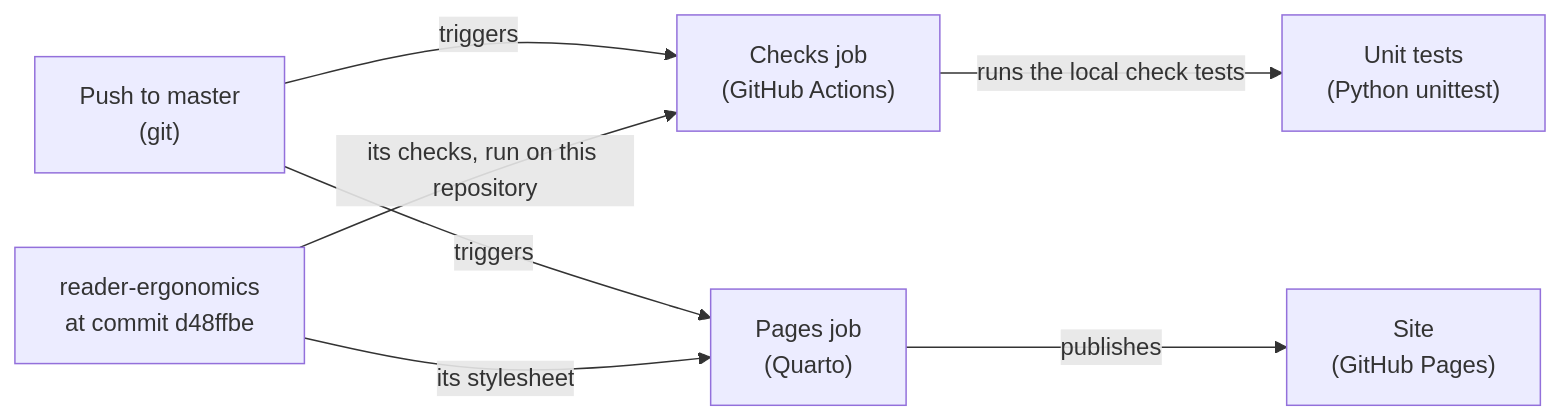
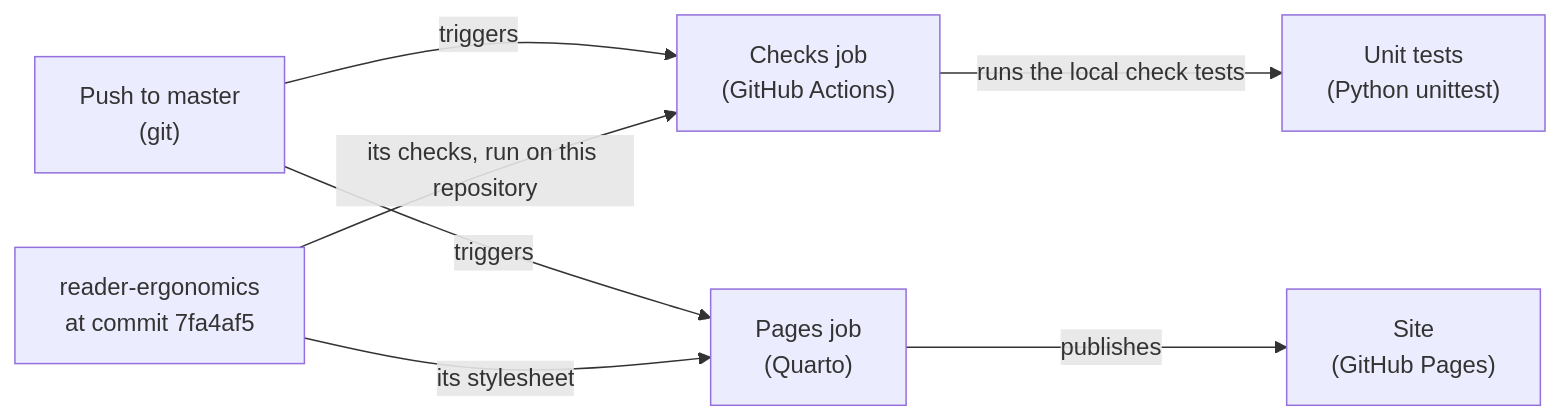
One commit to Tewf/reader-ergonomics-software-design changed the diagram in shapes/system-diagram.md. Above: the diagram before and after it, drawn with Mermaid. The commit also changed other lines of this file and 31 other files, not shown here.

First line of the commit message:
Move to reader-ergonomics v1.6.0 and hand it decision-records

````diff
--- a/shapes/system-diagram.md
+++ b/shapes/system-diagram.md
@@ -80,9 +80,9 @@
 ```mermaid
 flowchart LR
     push["Push to master<br/>(git)"] -->|"triggers"| checks["Checks job<br/>(GitHub Actions)"]
-    standard["reader-ergonomics<br/>at commit d48ffbe"] -->|"its checks, run on this repository"| checks
+    standard["reader-ergonomics<br/>at commit 7fa4af5"] -->|"its checks, run on this repository"| checks
     checks -->|"runs the local check tests"| tests["Unit tests<br/>(Python unittest)"]
     push -->|"triggers"| pages["Pages job<br/>(Quarto)"]
     standard -->|"its stylesheet"| pages
     pages -->|"publishes"| site["Site<br/>(GitHub Pages)"]
 ```
````
